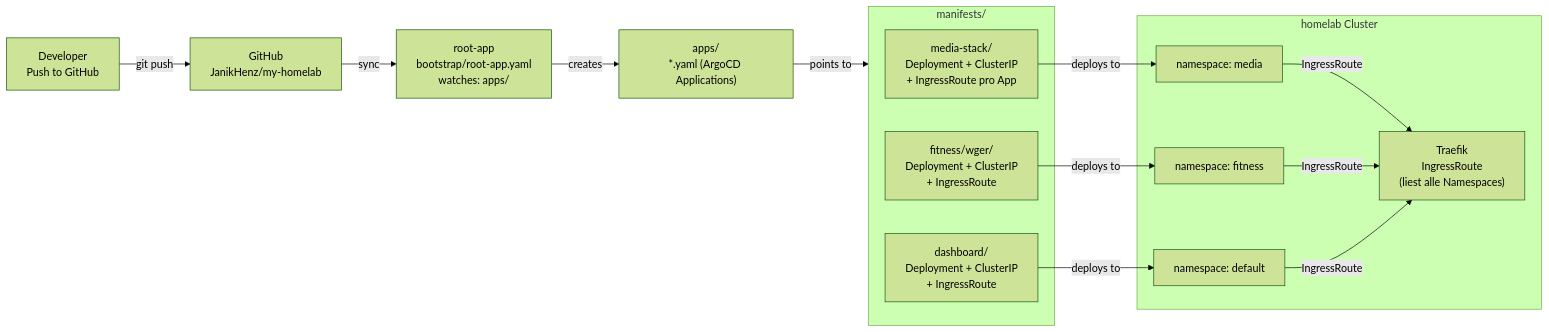
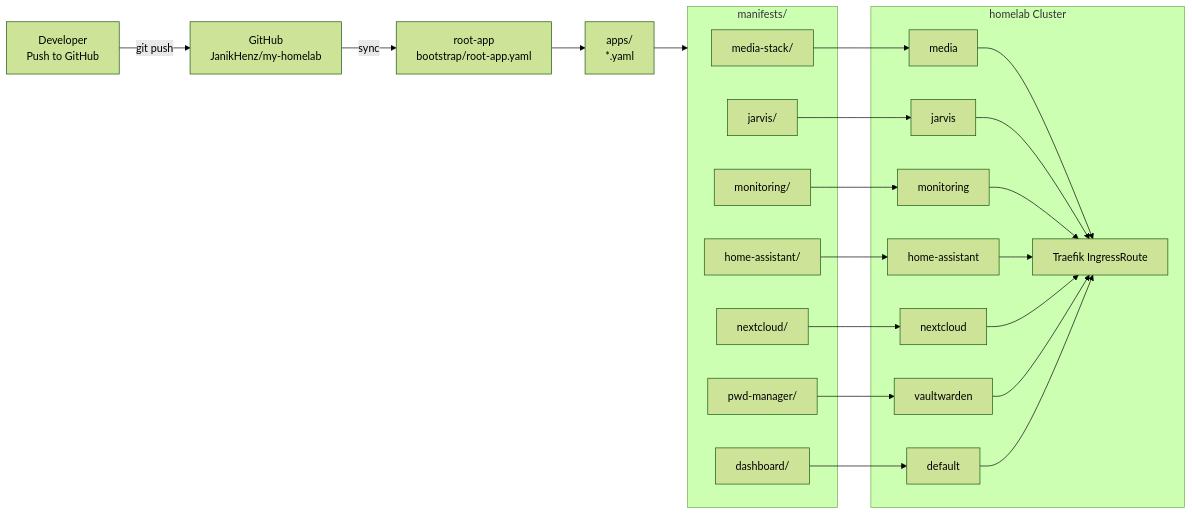
The third of 7 diagrams in README.md (JanikHenz/my-homelab), drawn with Mermaid (forest theme) before and after one commit. The commit also changed other lines of this file, not shown here.

````diff
--- a/README.md
+++ b/README.md
@@ -179,31 +264,47 @@
 ```mermaid
 flowchart LR
     DEV["Developer\nPush to GitHub"]
     GH["GitHub\nJanikHenz/my-homelab"]
-    ROOT["root-app\nbootstrap/root-app.yaml\nwatches: apps/"]
-    APPS["apps/\n*.yaml (ArgoCD Applications)"]
+    ROOT["root-app\nbootstrap/root-app.yaml"]
+    APPS["apps/\n*.yaml"]
 
     subgraph MANIFESTS["manifests/"]
-        MS["media-stack/\nDeployment + ClusterIP\n+ IngressRoute pro App"]
-        FS["fitness/wger/\nDeployment + ClusterIP\n+ IngressRoute"]
-        DS["dashboard/\nDeployment + ClusterIP\n+ IngressRoute"]
+        MS["media-stack/"]
+        JV["jarvis/"]
+        MO["monitoring/"]
+        HA["home-assistant/"]
+        NC["nextcloud/"]
+        PW["pwd-manager/"]
+        DS["dashboard/"]
     end
 
     subgraph CLUSTER["homelab Cluster"]
-        NS_MEDIA["namespace: media"]
-        NS_FITNESS["namespace: fitness"]
-        NS_DEFAULT["namespace: default"]
-        TRAEFIK["Traefik\nIngressRoute\n(liest alle Namespaces)"]
+        NS_MEDIA["media"]
+        NS_JARVIS["jarvis"]
+        NS_MON["monitoring"]
+        NS_HA["home-assistant"]
+        NS_NC["nextcloud"]
+        NS_VW["vaultwarden"]
+        NS_DEF["default"]
+        TRAEFIK["Traefik IngressRoute"]
     end
 
     DEV -->|git push| GH
     GH -->|sync| ROOT
-    ROOT -->|creates| APPS
-    APPS -->|points to| MANIFESTS
-    MS -->|deploys to| NS_MEDIA
-    FS -->|deploys to| NS_FITNESS
-    DS -->|deploys to| NS_DEFAULT
-    NS_MEDIA -->|IngressRoute| TRAEFIK
-    NS_FITNESS -->|IngressRoute| TRAEFIK
-    NS_DEFAULT -->|IngressRoute| TRAEFIK
+    ROOT --> APPS
+    APPS --> MANIFESTS
+    MS --> NS_MEDIA
+    JV --> NS_JARVIS
+    MO --> NS_MON
+    HA --> NS_HA
+    NC --> NS_NC
+    PW --> NS_VW
+    DS --> NS_DEF
+    NS_MEDIA --> TRAEFIK
+    NS_JARVIS --> TRAEFIK
+    NS_MON --> TRAEFIK
+    NS_HA --> TRAEFIK
+    NS_NC --> TRAEFIK
+    NS_VW --> TRAEFIK
+    NS_DEF --> TRAEFIK
 ```
````
